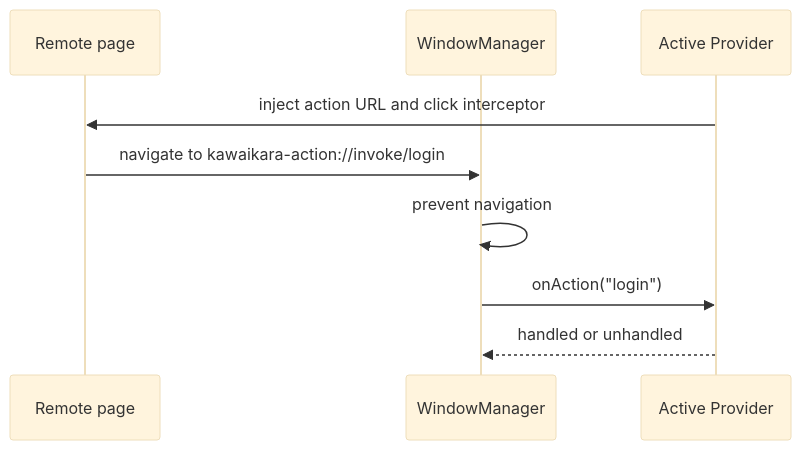
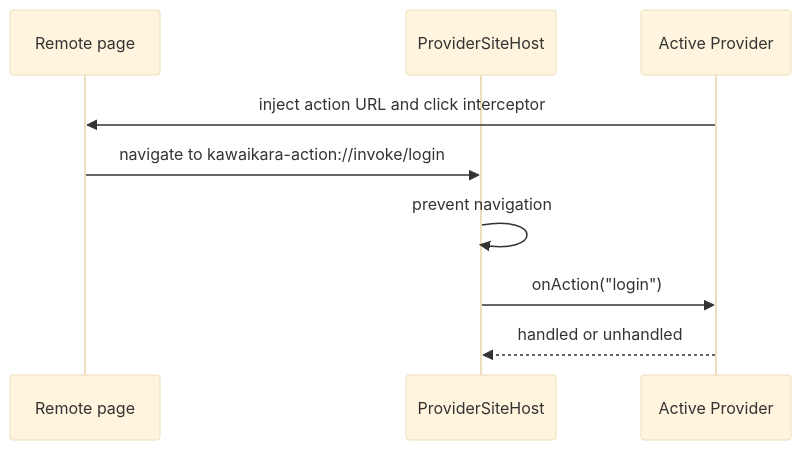
The third of 6 diagrams in docs/Developer/Architecture/3.Runtime.md (fabyday/kawaikara), drawn with Mermaid (base theme) before and after one commit. The commit also changed other lines of this file and 55 other files, not shown here.

````diff
--- a/docs/Developer/Architecture/3.Runtime.md
+++ b/docs/Developer/Architecture/3.Runtime.md
@@ -209,12 +209,12 @@
 ```mermaid
 sequenceDiagram
   participant Page as Remote page
-  participant Window as WindowManager
+  participant Window as ProviderSiteHost
   participant Site as Active Provider
 
   Site->>Page: inject action URL and click interceptor
   Page->>Window: navigate to kawaikara-action://invoke/login
   Window->>Window: prevent navigation
   Window->>Site: onAction("login")
   Site-->>Window: handled or unhandled
 ```
````
